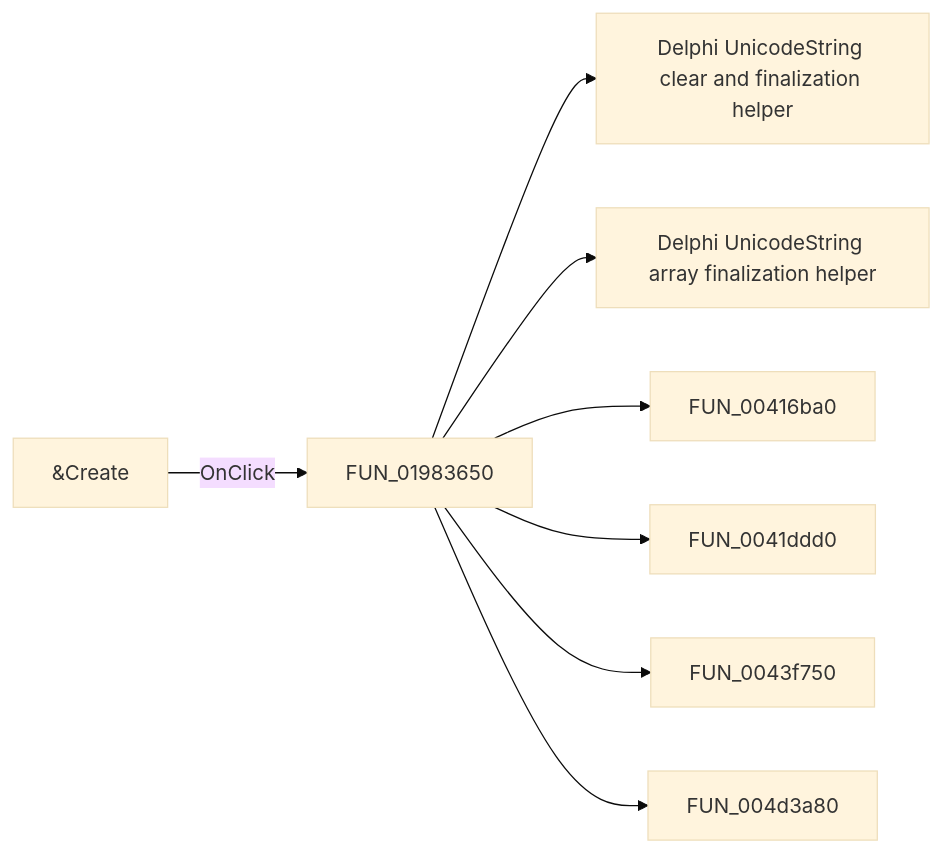
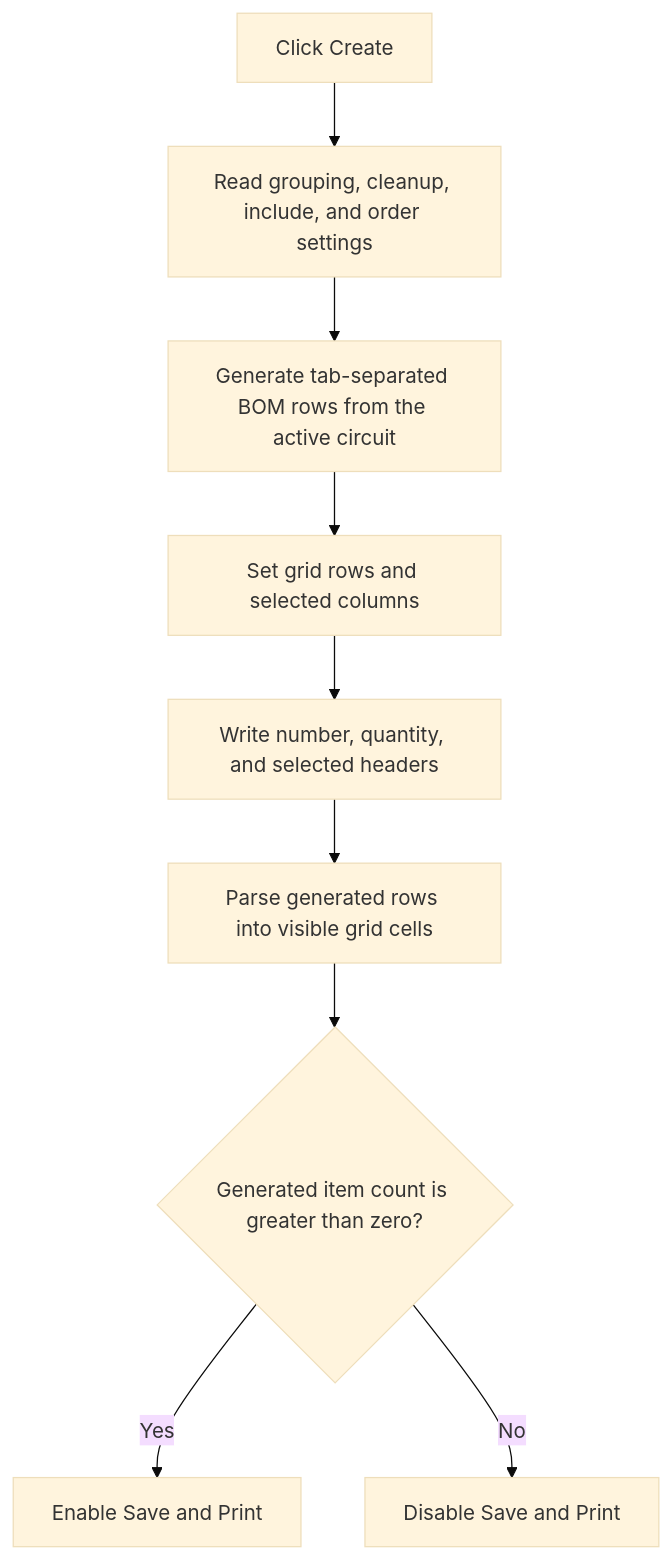
The diagram in docs/ui-controls/lom/btncreate-4bdd6ca35d.md (MovGP0/TIARA), drawn with Mermaid (base theme) before and after one commit. The commit also changed other lines of this file and 1062 other files, not shown here.

````diff
--- a/docs/ui-controls/lom/btncreate-4bdd6ca35d.md
+++ b/docs/ui-controls/lom/btncreate-4bdd6ca35d.md
@@ -27,10 +94,11 @@
 ```mermaid
-flowchart LR
-    control["&Create"] -->|OnClick| handler["FUN_01983650"]
-    handler --> call1["Delphi UnicodeString clear and finalization helper"]
-    handler --> call2["Delphi UnicodeString array finalization helper"]
-    handler --> call3["FUN_00416ba0"]
-    handler --> call4["FUN_0041ddd0"]
-    handler --> call5["FUN_0043f750"]
-    handler --> call6["FUN_004d3a80"]
+flowchart TD
+    control["Click Create"] --> read["Read grouping, cleanup, include, and order settings"]
+    read --> generate["Generate tab-separated BOM rows from the active circuit"]
+    generate --> dimensions["Set grid rows and selected columns"]
+    dimensions --> headers["Write number, quantity, and selected headers"]
+    headers --> rows["Parse generated rows into visible grid cells"]
+    rows --> count{"Generated item count is greater than zero?"}
+    count -->|Yes| enable["Enable Save and Print"]
+    count -->|No| disable["Disable Save and Print"]
 ```
````
